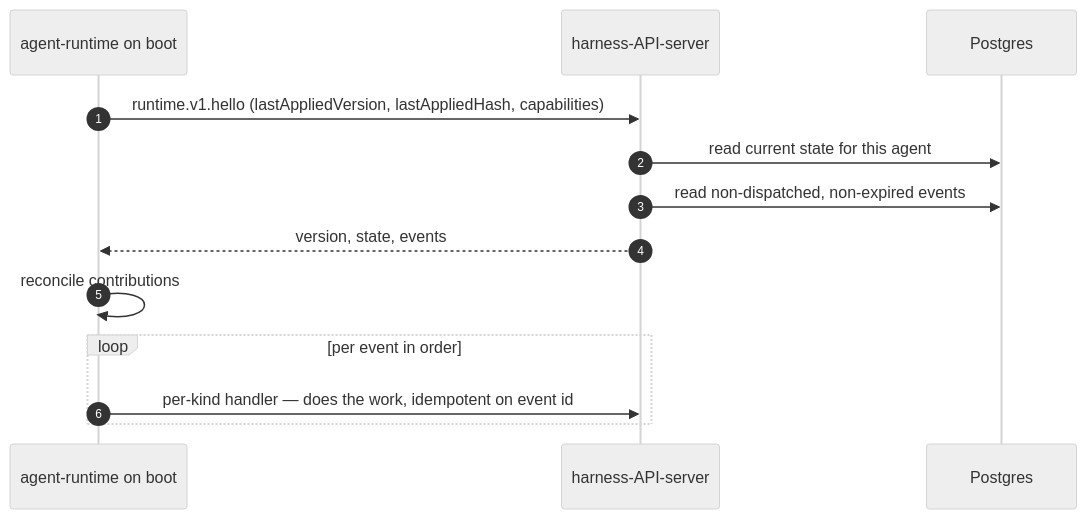
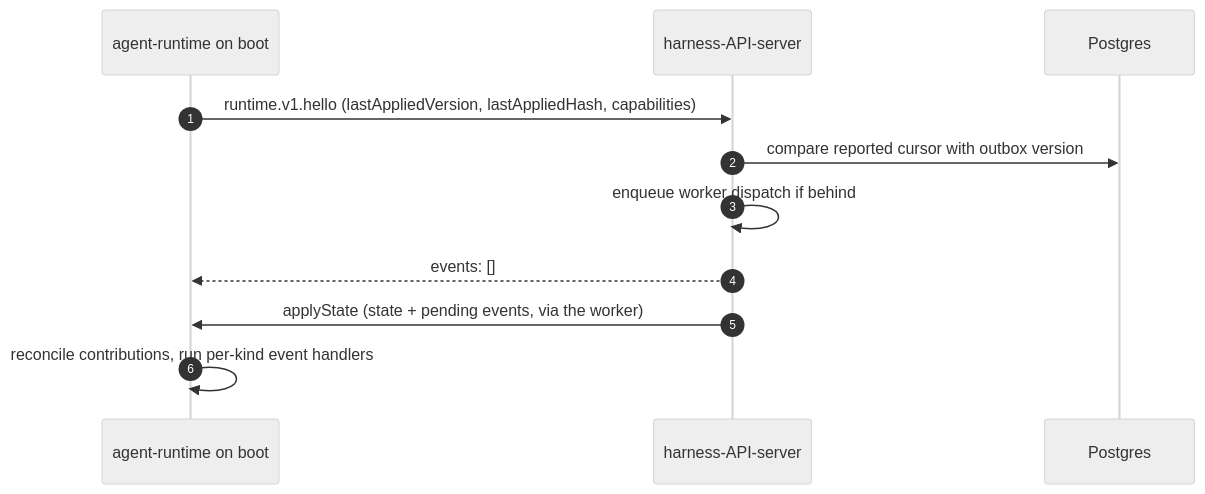
One commit to subbyte/dam changed the fourth of 6 diagrams in docs/architecture/connections.md. Above: the diagram before and after it, drawn with Mermaid (neutral theme). The commit also changed other lines of this file and 6 other files, not shown here.

First line of the commit message:
docs(architecture): fix drift from full-codebase audit (#917)

````diff
--- a/docs/architecture/connections.md
+++ b/docs/architecture/connections.md
@@ -287,16 +288,14 @@
 ```mermaid
 sequenceDiagram
   autonumber
   participant RT as agent-runtime on boot
   participant HS as harness-API-server
   participant PG as Postgres
 
   RT->>HS: runtime.v1.hello (lastAppliedVersion, lastAppliedHash, capabilities)
-  HS->>PG: read current state for this agent
-  HS->>PG: read non-dispatched, non-expired events
-  HS-->>RT: version, state, events
-  RT->>RT: reconcile contributions
-  loop per event in order
-    RT->>HS: per-kind handler — does the work, idempotent on event id
-  end
+  HS->>PG: compare reported cursor with outbox version
+  HS->>HS: enqueue worker dispatch if behind
+  HS-->>RT: events: []
+  HS->>RT: applyState (state + pending events, via the worker)
+  RT->>RT: reconcile contributions, run per-kind event handlers
 ```
````
